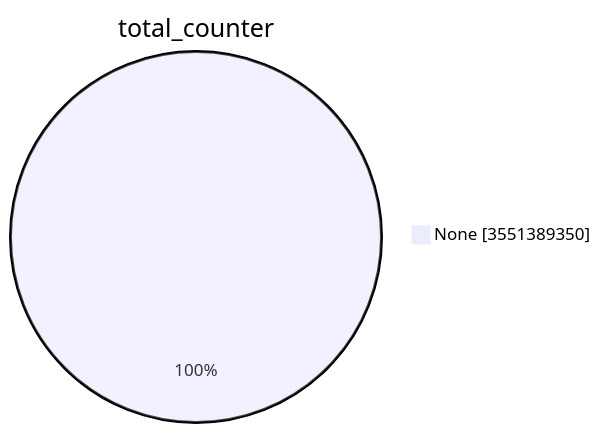
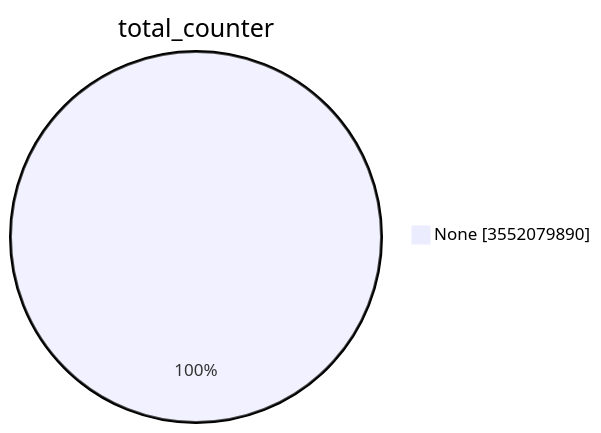
One commit to christiankrug/ctmonitor_visualization changed the first of 15 diagrams in TOTAL/README.md. Above: the diagram before and after it, drawn with Mermaid. The commit also changed other lines of this file, not shown here.

````diff
--- a/TOTAL/README.md
+++ b/TOTAL/README.md
@@ -1,5 +1,5 @@
 ```mermaid
 pie showData
 title total_counter
-"None" :3551389350
+"None" :3552079890
 ```
````
